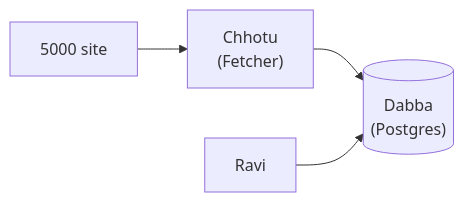
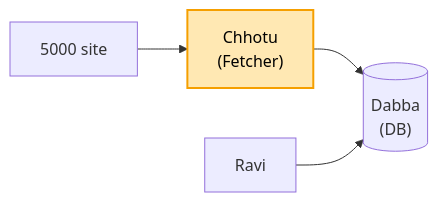
One commit to ArpanMaheshwari144/Prep changed the first of 11 diagrams in 04_HLD/SYSTEM_DESIGNS/08_news_aggregator/08_news_aggregator.md. Above: the diagram before and after it, drawn with Mermaid. The commit also changed other lines of this file and 17 other files, not shown here.

Commit message:
HLD: 17 main files hand notes se milaye (har block alag section, kahani + asli naam, mermaid), technical naam bhi rakhe

````diff
--- a/04_HLD/SYSTEM_DESIGNS/08_news_aggregator/08_news_aggregator.md
+++ b/04_HLD/SYSTEM_DESIGNS/08_news_aggregator/08_news_aggregator.md
@@ -30,6 +31,7 @@
 ```mermaid
 flowchart LR
     S["5000 site"] --> C["Chhotu<br/>(Fetcher)"]
-    C --> D[("Dabba<br/>(Postgres)")]
+    C --> D[("Dabba<br/>(DB)")]
     A["Ravi"] --> D
+    style C fill:#ffe8b3,stroke:#f59f00,stroke-width:2px,color:#000
 ```
````
